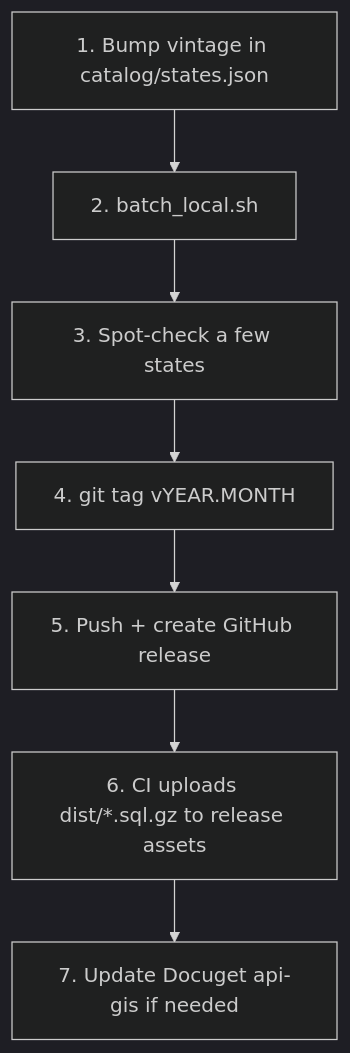
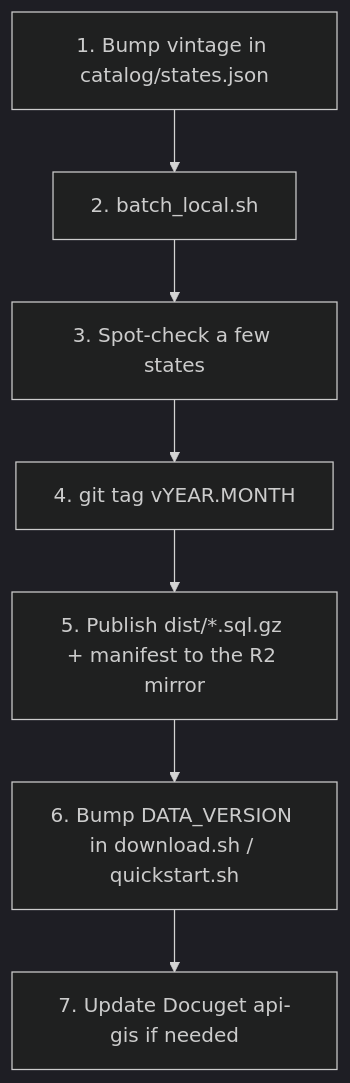
The diagram in docs/yearly-refresh.md (quad-tree/docuget-gis-data), drawn with Mermaid (dark theme) before and after one commit. The commit also changed other lines of this file and 1 other file, not shown here.

First line of the commit message:
docs: snapshots are mirrored in R2 with a SHA-256 manifest; refresh doc says how to publish the next vintage (the DO CDN is retired, release assets never existed)

````diff
--- a/docs/yearly-refresh.md
+++ b/docs/yearly-refresh.md
@@ -25,9 +25,9 @@
 ```mermaid
 flowchart TD
   A[1. Bump vintage in catalog/states.json] --> B[2. batch_local.sh]
   B --> C[3. Spot-check a few states]
   C --> D[4. git tag vYEAR.MONTH]
-  D --> E[5. Push + create GitHub release]
-  E --> F[6. CI uploads dist/*.sql.gz to release assets]
+  D --> E[5. Publish dist/*.sql.gz + manifest to the R2 mirror]
+  E --> F[6. Bump DATA_VERSION in download.sh / quickstart.sh]
   F --> G[7. Update Docuget api-gis if needed]
 ```
````
